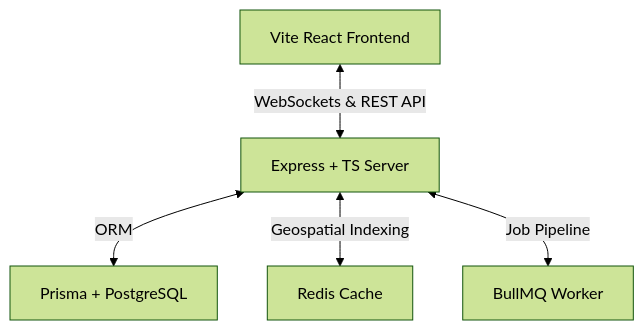
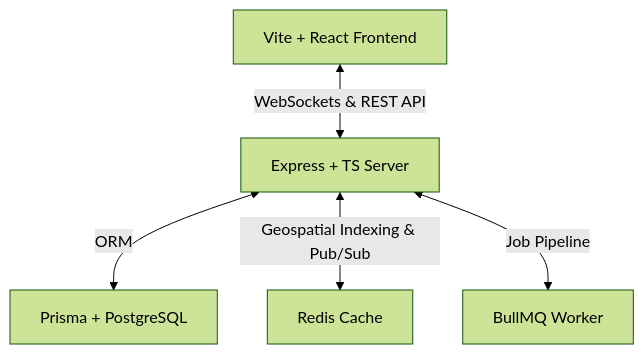
Before and after one commit to aadi17-arch/cargogo: the diagram in README.md, drawn with Mermaid (forest theme). The commit also changed other lines of this file, not shown here.

````diff
--- a/README.md
+++ b/README.md
@@ -11,7 +11,7 @@
 ```mermaid
 graph TD
-    A[Vite React Frontend] <-->|WebSockets & REST API| B[Express + TS Server]
+    A[Vite + React Frontend] <-->|WebSockets & REST API| B[Express + TS Server]
     B <-->|ORM| C[Prisma + PostgreSQL]
-    B <-->|Geospatial Indexing| D[Redis Cache]
+    B <-->|Geospatial Indexing & Pub/Sub| D[Redis Cache]
     B <-->|Job Pipeline| E[BullMQ Worker]
 ```
````
